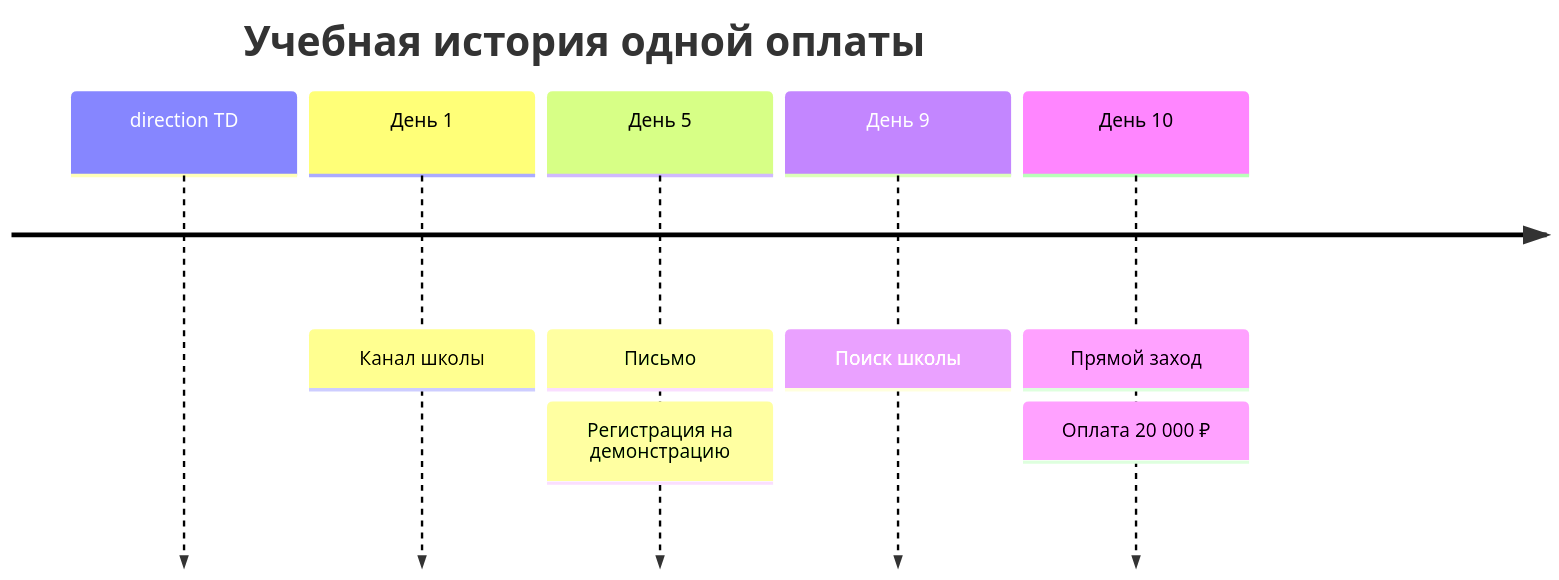
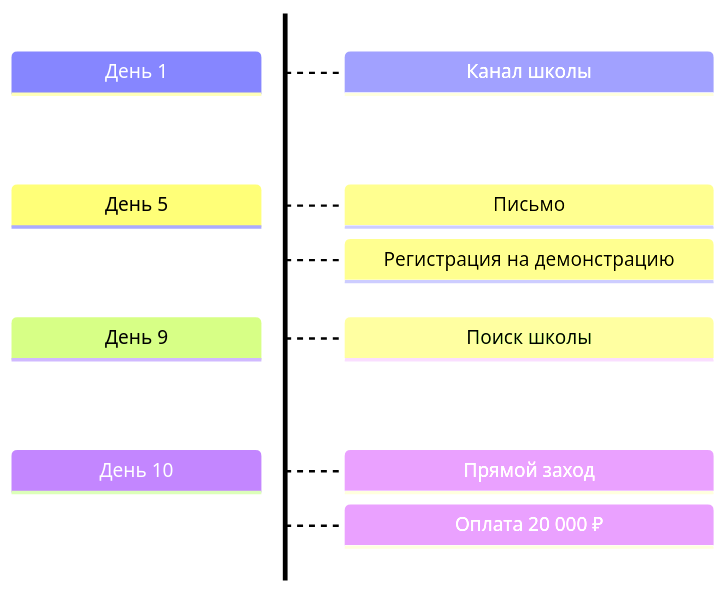
One commit to Hexlet/smm-bible changed the first of 2 diagrams in docs/analytics/attribution.md. Above: the diagram before and after it, drawn with Mermaid. The commit also changed 4 other files, not shown here.

Commit message:
Refine Mermaid diagrams and document their implementation

````diff
--- a/docs/analytics/attribution.md
+++ b/docs/analytics/attribution.md
@@ -30,11 +30,9 @@
 ```mermaid
-timeline
-    direction TD
-    title Учебная история одной оплаты
+timeline TD
     День 1 : Канал школы
     День 5 : Письмо
            : Регистрация на демонстрацию
     День 9 : Поиск школы
     День 10 : Прямой заход
             : Оплата 20 000 ₽
 ```
````
